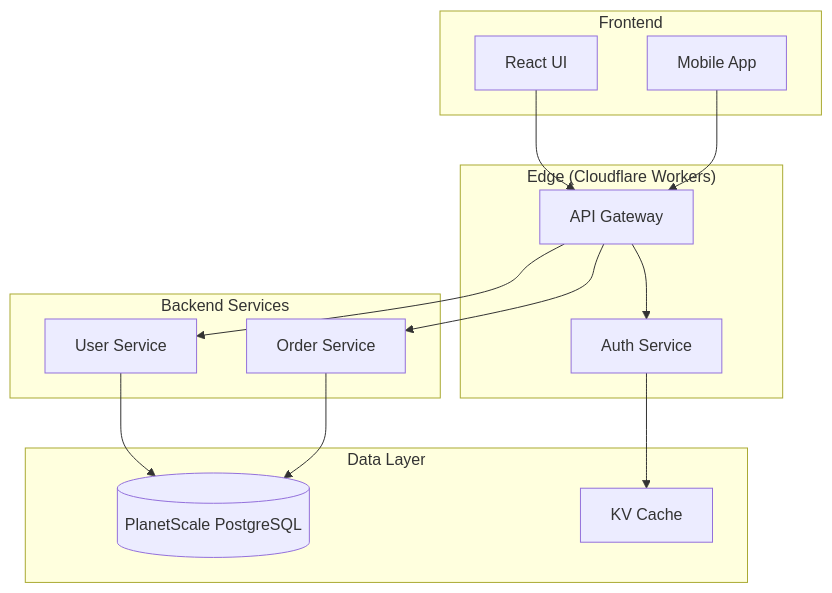
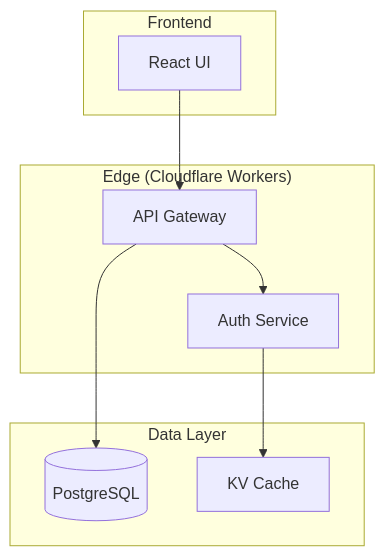
The diagram in grey-haven-plugins/developer-experience/agents/docs-architect.md (greyhaven-ai/claude-code-config), drawn with Mermaid before and after one commit. The commit also changed other lines of this file and 505 other files, not shown here.

First line of the commit message:
refactor: reorganize plugin structure to match Claude Code architecture

````diff
--- a/grey-haven-plugins/developer-experience/agents/docs-architect.md
+++ b/grey-haven-plugins/developer-experience/agents/docs-architect.md
@@ -345,31 +150,21 @@
 ```mermaid
 graph TB
     subgraph "Frontend"
         UI[React UI]
-        Mobile[Mobile App]
     end
 
     subgraph "Edge (Cloudflare Workers)"
         Gateway[API Gateway]
         Auth[Auth Service]
     end
 
-    subgraph "Backend Services"
-        UserService[User Service]
-        OrderService[Order Service]
-    end
-
     subgraph "Data Layer"
-        PlanetScale[(PlanetScale PostgreSQL)]
+        PostgreSQL[(PostgreSQL)]
         KV[KV Cache]
     end
 
     UI --> Gateway
-    Mobile --> Gateway
     Gateway --> Auth
-    Gateway --> UserService
-    Gateway --> OrderService
-    UserService --> PlanetScale
-    OrderService --> PlanetScale
+    Gateway --> PostgreSQL
     Auth --> KV
 ```
````
